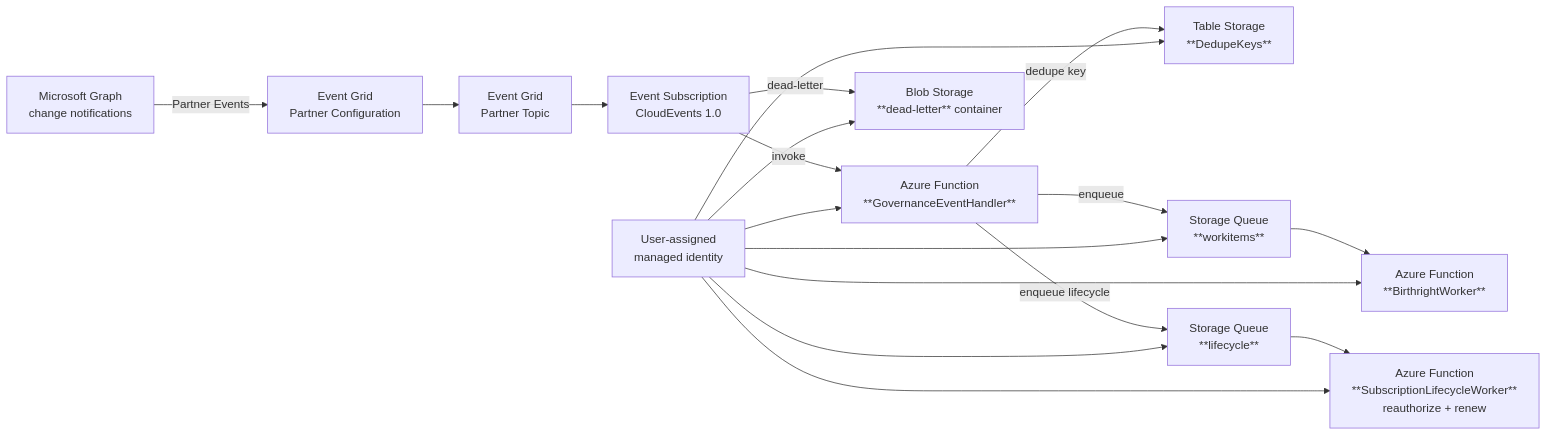
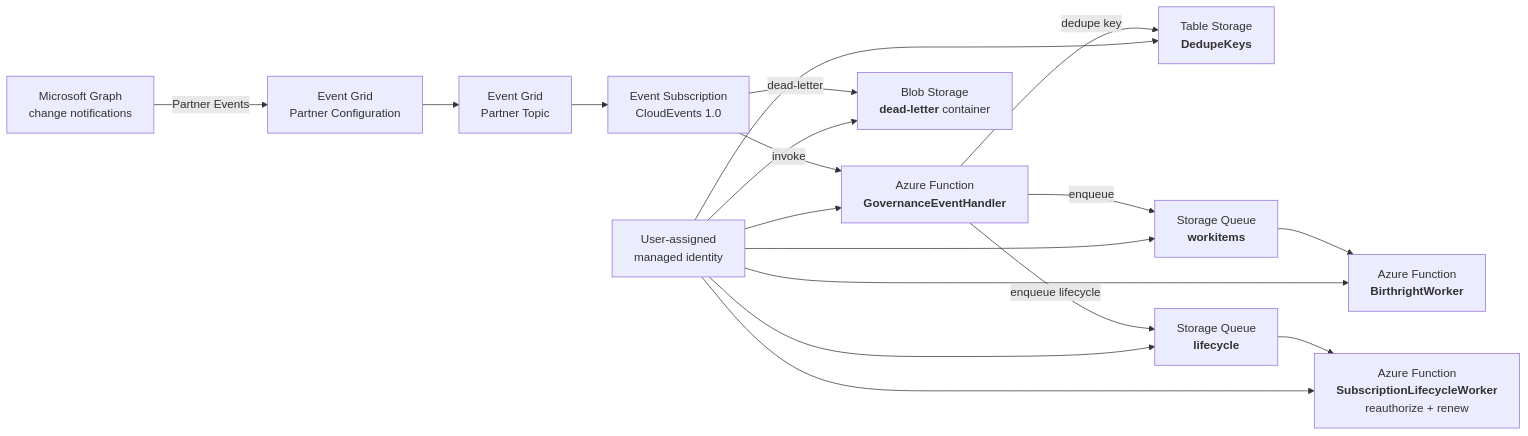
The diagram in src/content/blog/enhance-entra-identity-governance-with-azure-event-grid/index.md (broberts23/blogSite), drawn with Mermaid before and after one commit. The commit also changed 6 other files, not shown here.

First line of the commit message:
Integrate Mermaid for diagram rendering in markdown

````diff
--- a/src/content/blog/enhance-entra-identity-governance-with-azure-event-grid/index.md
+++ b/src/content/blog/enhance-entra-identity-governance-with-azure-event-grid/index.md
@@ -67,25 +67,25 @@
 ```mermaid
 flowchart LR
-  Graph[Microsoft Graph<br>change notifications] -->|Partner Events| PC[Event Grid<br>Partner Configuration]
-  PC --> PT[Event Grid<br>Partner Topic]
+  Graph["Microsoft Graph<br>change notifications"] -->|Partner Events| PC["Event Grid<br>Partner Configuration"]
+  PC --> PT["Event Grid<br>Partner Topic"]
 
-  PT --> ES[Event Subscription<br>CloudEvents 1.0]
-  ES -->|invoke| GEH[Azure Function<br>**GovernanceEventHandler**]
+  PT --> ES["Event Subscription<br>CloudEvents 1.0"]
+  ES -->|invoke| GEH["`Azure Function<br>**GovernanceEventHandler**`"]
 
-  GEH -->|dedupe key| Dedupe[Table Storage<br>**DedupeKeys**]
-  GEH -->|enqueue| WorkQ[Storage Queue<br>**workitems**]
-  GEH -->|enqueue lifecycle| LifeQ[Storage Queue<br>**lifecycle**]
+  GEH -->|dedupe key| Dedupe["`Table Storage<br>**DedupeKeys**`"]
+  GEH -->|enqueue| WorkQ["`Storage Queue<br>**workitems**`"]
+  GEH -->|enqueue lifecycle| LifeQ["`Storage Queue<br>**lifecycle**`"]
 
-  WorkQ --> BW[Azure Function<br>**BirthrightWorker**]
-  LifeQ --> SLW[Azure Function<br>**SubscriptionLifecycleWorker**<br>reauthorize + renew]
+  WorkQ --> BW["`Azure Function<br>**BirthrightWorker**`"]
+  LifeQ --> SLW["`Azure Function<br>**SubscriptionLifecycleWorker**<br>reauthorize + renew`"]
 
-  ES -->|dead-letter| DL[Blob Storage<br>**dead-letter** container]
+  ES -->|dead-letter| DL["`Blob Storage<br>**dead-letter** container`"]
 
-  UAMI[User-assigned<br>managed identity] --> GEH
+  UAMI["User-assigned<br>managed identity"] --> GEH
   UAMI --> BW
   UAMI --> SLW
   UAMI --> Dedupe
   UAMI --> WorkQ
   UAMI --> LifeQ
   UAMI --> DL
 ```
````
